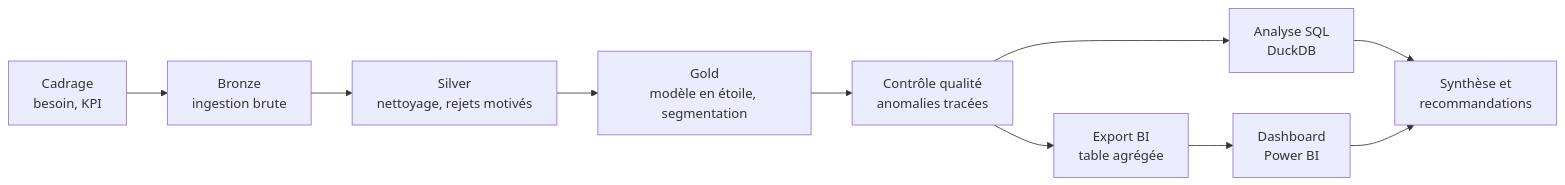
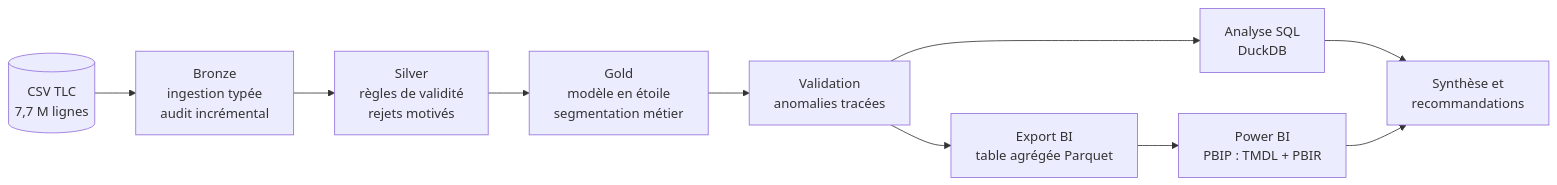
One commit to GomuGomuNo01/nyc-taxi-analyse-revenus changed the first of 2 diagrams in README.md. Above: the diagram before and after it, drawn with Mermaid. The commit also changed other lines of this file and 1 other file, not shown here.

First line of the commit message:
Réécrit le README en deux parties (métier et technique) avec aperçu animé

````diff
--- a/README.md
+++ b/README.md
@@ -92,12 +135,12 @@
 ```mermaid
 flowchart LR
-    A[Cadrage<br/>besoin, KPI] --> B[Bronze<br/>ingestion brute]
-    B --> C[Silver<br/>nettoyage, rejets motivés]
-    C --> D[Gold<br/>modèle en étoile, segmentation]
-    D --> E[Contrôle qualité<br/>anomalies tracées]
-    E --> F[Analyse SQL<br/>DuckDB]
-    E --> G[Export BI<br/>table agrégée]
-    G --> H[Dashboard<br/>Power BI]
-    F --> I[Synthèse et<br/>recommandations]
-    H --> I
+    RAW[(CSV TLC<br/>7,7 M lignes)] --> B[Bronze<br/>ingestion typée<br/>audit incrémental]
+    B --> S[Silver<br/>règles de validité<br/>rejets motivés]
+    S --> G[Gold<br/>modèle en étoile<br/>segmentation métier]
+    G --> Q[Validation<br/>anomalies tracées]
+    Q --> SQL[Analyse SQL<br/>DuckDB]
+    Q --> EXP[Export BI<br/>table agrégée Parquet]
+    EXP --> PBI[Power BI<br/>PBIP : TMDL + PBIR]
+    SQL --> REC[Synthèse et<br/>recommandations]
+    PBI --> REC
 ```
````
